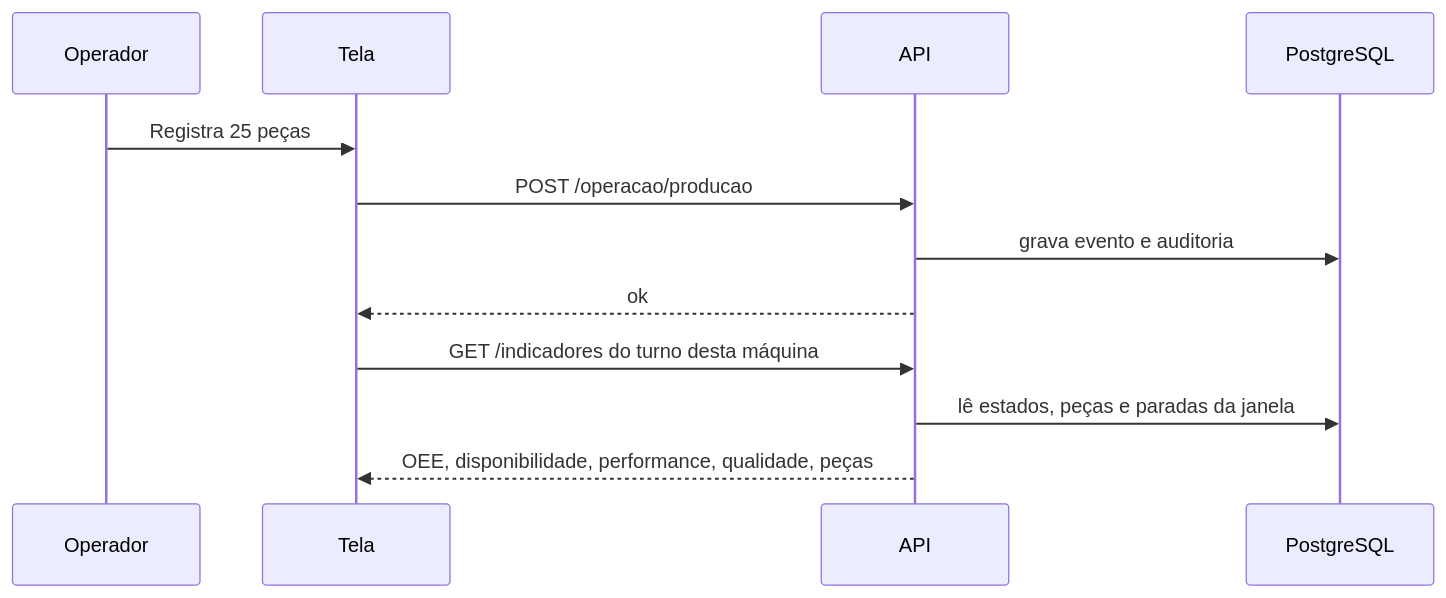
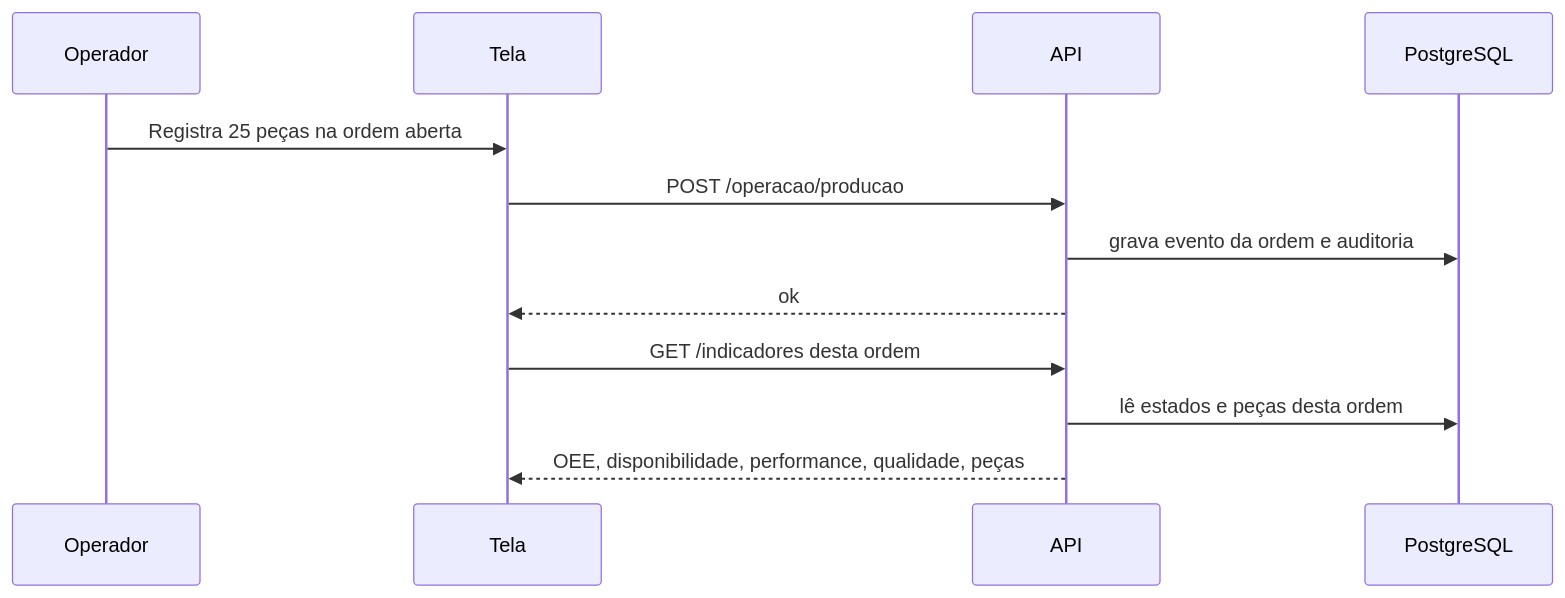
One commit to israeloliveiradev/diforp-oee changed the third of 4 diagrams in docs/como-a-aplicacao-funciona.md. Above: the diagram before and after it, drawn with Mermaid. The commit also changed other lines of this file and 4 other files, not shown here.

````diff
--- a/docs/como-a-aplicacao-funciona.md
+++ b/docs/como-a-aplicacao-funciona.md
@@ -101,15 +105,15 @@
 ```mermaid
 sequenceDiagram
   participant Op as Operador
   participant Web as Tela
   participant API as API
   participant PG as PostgreSQL
 
-  Op->>Web: Registra 25 peças
+  Op->>Web: Registra 25 peças na ordem aberta
   Web->>API: POST /operacao/producao
-  API->>PG: grava evento e auditoria
+  API->>PG: grava evento da ordem e auditoria
   API-->>Web: ok
-  Web->>API: GET /indicadores do turno desta máquina
-  API->>PG: lê estados, peças e paradas da janela
+  Web->>API: GET /indicadores desta ordem
+  API->>PG: lê estados e peças desta ordem
   API-->>Web: OEE, disponibilidade, performance, qualidade, peças
 ```
````
